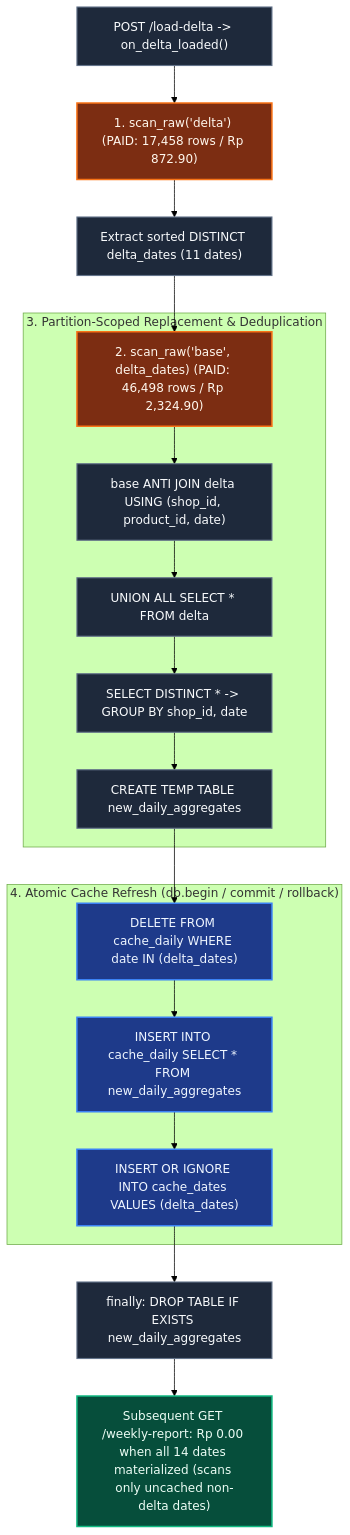
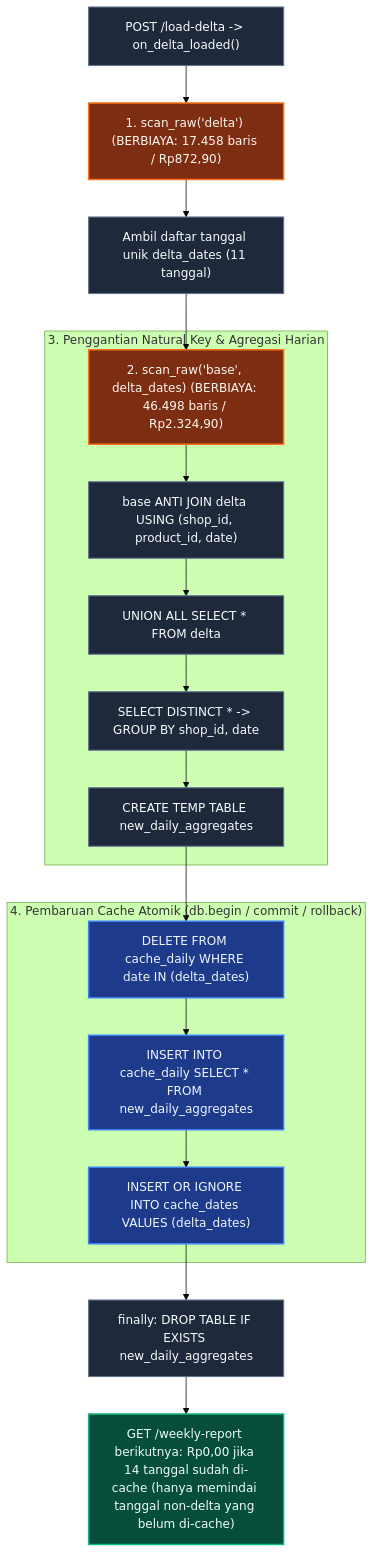
The second of 2 diagrams in README.md (faliqadlan/nesra-hiring-engineer), drawn with Mermaid (forest theme) before and after one commit. The commit also changed other lines of this file and 1 other file, not shown here.

Commit message:
docs(readme): localize README, Mermaid diagrams, and SVG chart into Indonesian

````diff
--- a/README.md
+++ b/README.md
@@ -57,32 +76,32 @@
 ```mermaid
 flowchart TD
-    Post["POST /load-delta -> on_delta_loaded()"] --> ScanDelta["1. scan_raw('delta') (PAID: 17,458 rows / Rp 872.90)"]
-    ScanDelta --> GetDates["Extract sorted DISTINCT delta_dates (11 dates)"]
-    GetDates --> ScanBase["2. scan_raw('base', delta_dates) (PAID: 46,498 rows / Rp 2,324.90)"]
+    Post["POST /load-delta -> on_delta_loaded()"] --> ScanDelta["1. scan_raw('delta') (BERBIAYA: 17.458 baris / Rp872,90)"]
+    ScanDelta --> GetDates["Ambil daftar tanggal unik delta_dates (11 tanggal)"]
+    GetDates --> ScanBase["2. scan_raw('base', delta_dates) (BERBIAYA: 46.498 baris / Rp2.324,90)"]
 
-    subgraph Merge ["3. Partition-Scoped Replacement & Deduplication"]
+    subgraph Merge ["3. Penggantian Natural Key & Agregasi Harian"]
         ScanBase --> AntiJoin["base ANTI JOIN delta USING (shop_id, product_id, date)"]
         AntiJoin --> UnionAll["UNION ALL SELECT * FROM delta"]
         UnionAll --> Distinct["SELECT DISTINCT * -> GROUP BY shop_id, date"]
         Distinct --> TempTable["CREATE TEMP TABLE new_daily_aggregates"]
     end
 
-    subgraph AtomicSwap ["4. Atomic Cache Refresh (db.begin / commit / rollback)"]
+    subgraph AtomicSwap ["4. Pembaruan Cache Atomik (db.begin / commit / rollback)"]
         TempTable --> DeleteOld["DELETE FROM cache_daily WHERE date IN (delta_dates)"]
         DeleteOld --> InsertNew["INSERT INTO cache_daily SELECT * FROM new_daily_aggregates"]
         InsertNew --> MarkDates["INSERT OR IGNORE INTO cache_dates VALUES (delta_dates)"]
     end
 
     MarkDates --> Cleanup["finally: DROP TABLE IF EXISTS new_daily_aggregates"]
-    Cleanup --> Ready["Subsequent GET /weekly-report: Rp 0.00 when all 14 dates materialized (scans only uncached non-delta dates)"]
+    Cleanup --> Ready["GET /weekly-report berikutnya: Rp0,00 jika 14 tanggal sudah di-cache (hanya memindai tanggal non-delta yang belum di-cache)"]
 
     classDef paid fill:#7c2d12,stroke:#f97316,stroke-width:2px,color:#fff7ed;
     classDef atomic fill:#1e3a8a,stroke:#3b82f6,stroke-width:2px,color:#eff6ff;
     classDef free fill:#064e3b,stroke:#10b981,stroke-width:2px,color:#ecfdf5;
     classDef neutral fill:#1e293b,stroke:#64748b,stroke-width:1.5px,color:#f8fafc;
 
     class ScanDelta,ScanBase paid;
     class DeleteOld,InsertNew,MarkDates atomic;
     class Ready free;
     class Post,GetDates,AntiJoin,UnionAll,Distinct,TempTable,Cleanup neutral;
 ```
````
